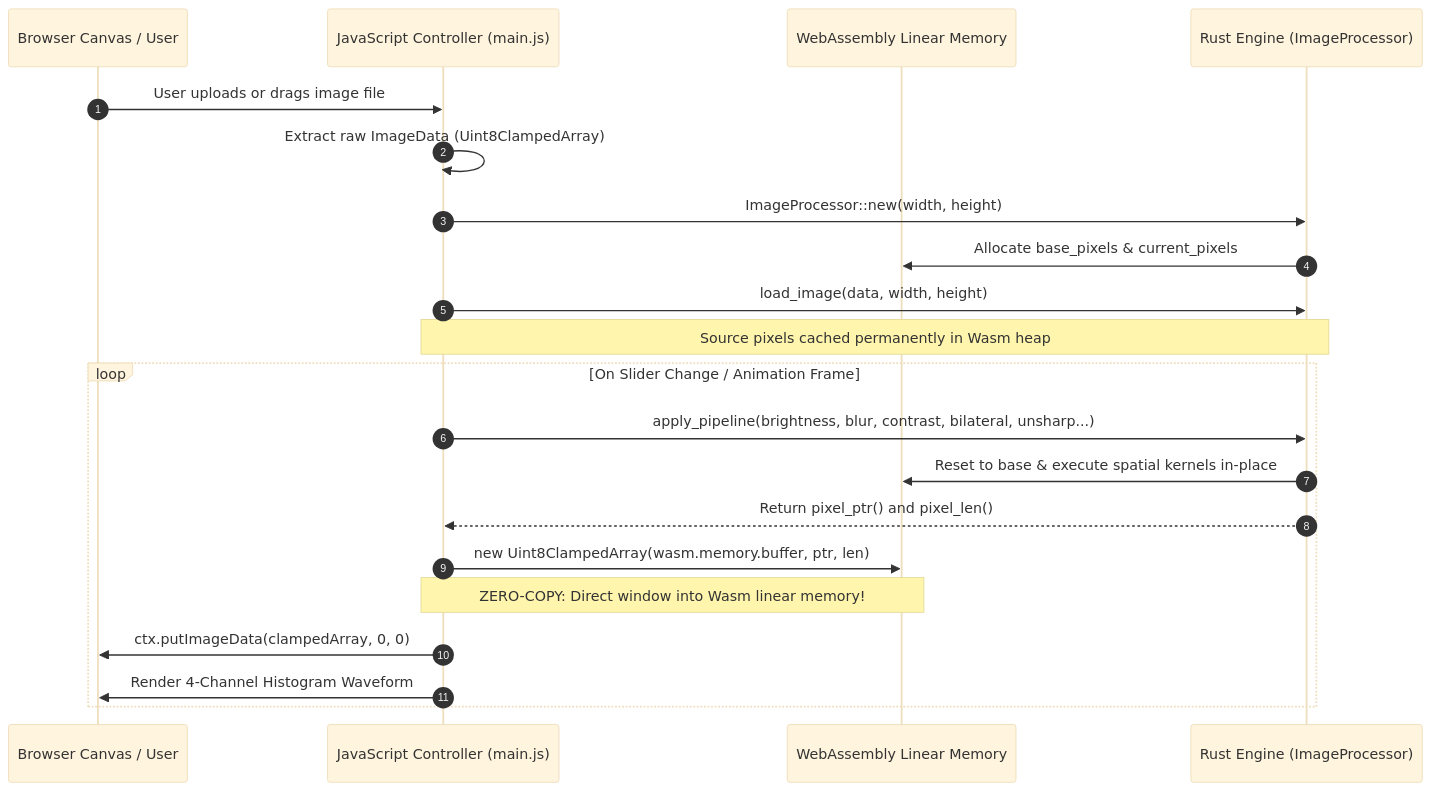
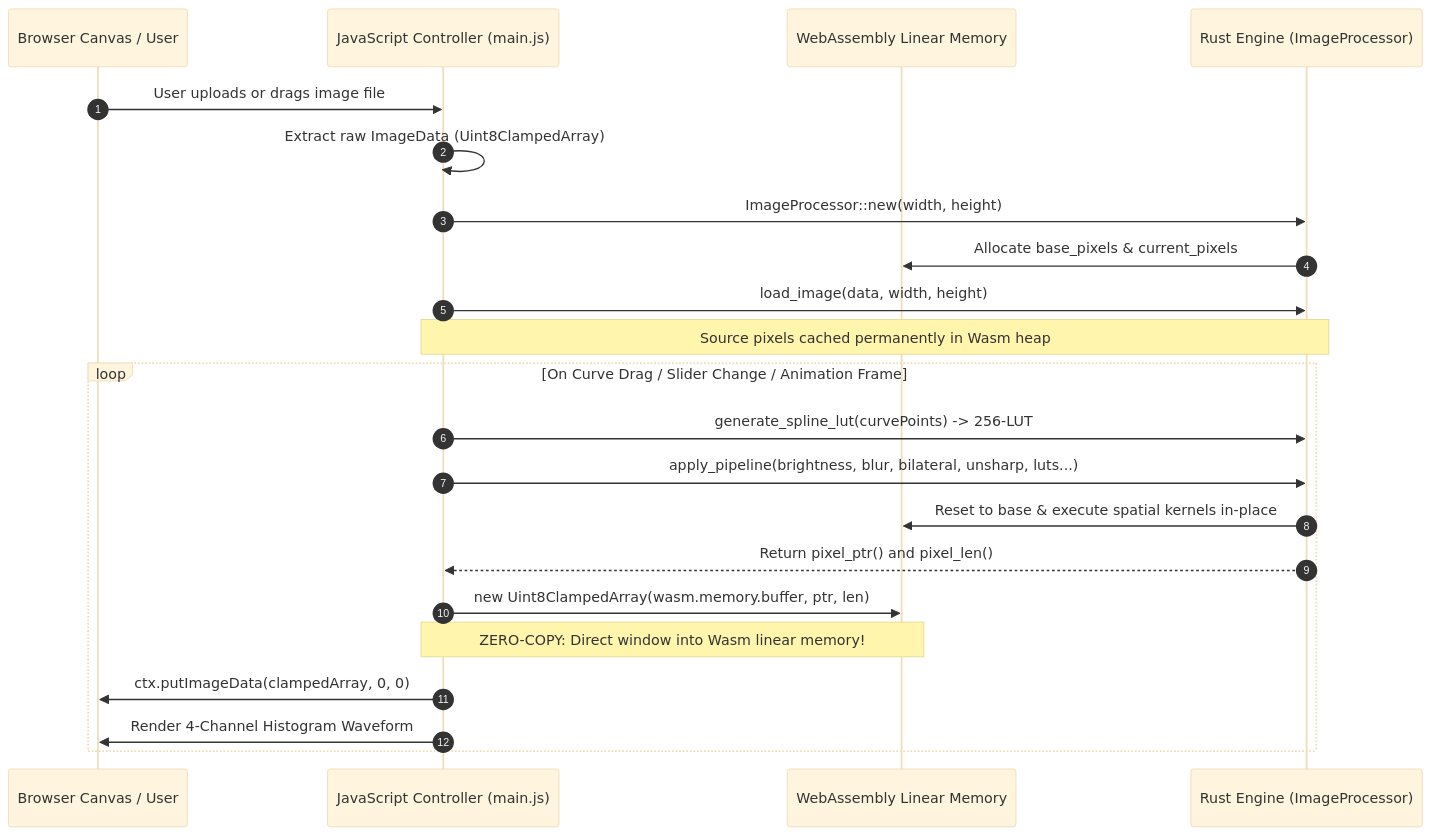
The second of 3 diagrams in README.md (faizan-7890/RUST), drawn with Mermaid (base theme) before and after one commit. The commit also changed other lines of this file, not shown here.

Commit message:
docs: document monotone cubic spline tone curve engine, mathematical formulas, and benchmarks

````diff
--- a/README.md
+++ b/README.md
@@ -60,25 +63,26 @@
 ```mermaid
 sequenceDiagram
     autonumber
     participant UI as Browser Canvas / User
     participant JS as JavaScript Controller (main.js)
     participant WasmMem as WebAssembly Linear Memory
     participant Rust as Rust Engine (ImageProcessor)
 
     UI->>JS: User uploads or drags image file
     JS->>JS: Extract raw ImageData (Uint8ClampedArray)
     JS->>Rust: ImageProcessor::new(width, height)
     Rust->>WasmMem: Allocate base_pixels & current_pixels
     JS->>Rust: load_image(data, width, height)
     Note over JS,Rust: Source pixels cached permanently in Wasm heap
 
-    loop On Slider Change / Animation Frame
-        JS->>Rust: apply_pipeline(brightness, blur, contrast, bilateral, unsharp...)
+    loop On Curve Drag / Slider Change / Animation Frame
+        JS->>Rust: generate_spline_lut(curvePoints) -> 256-LUT
+        JS->>Rust: apply_pipeline(brightness, blur, bilateral, unsharp, luts...)
         Rust->>WasmMem: Reset to base & execute spatial kernels in-place
         Rust-->>JS: Return pixel_ptr() and pixel_len()
         JS->>WasmMem: new Uint8ClampedArray(wasm.memory.buffer, ptr, len)
         Note over JS,WasmMem: ZERO-COPY: Direct window into Wasm linear memory!
         JS->>UI: ctx.putImageData(clampedArray, 0, 0)
         JS->>UI: Render 4-Channel Histogram Waveform
     end
 ```
````
